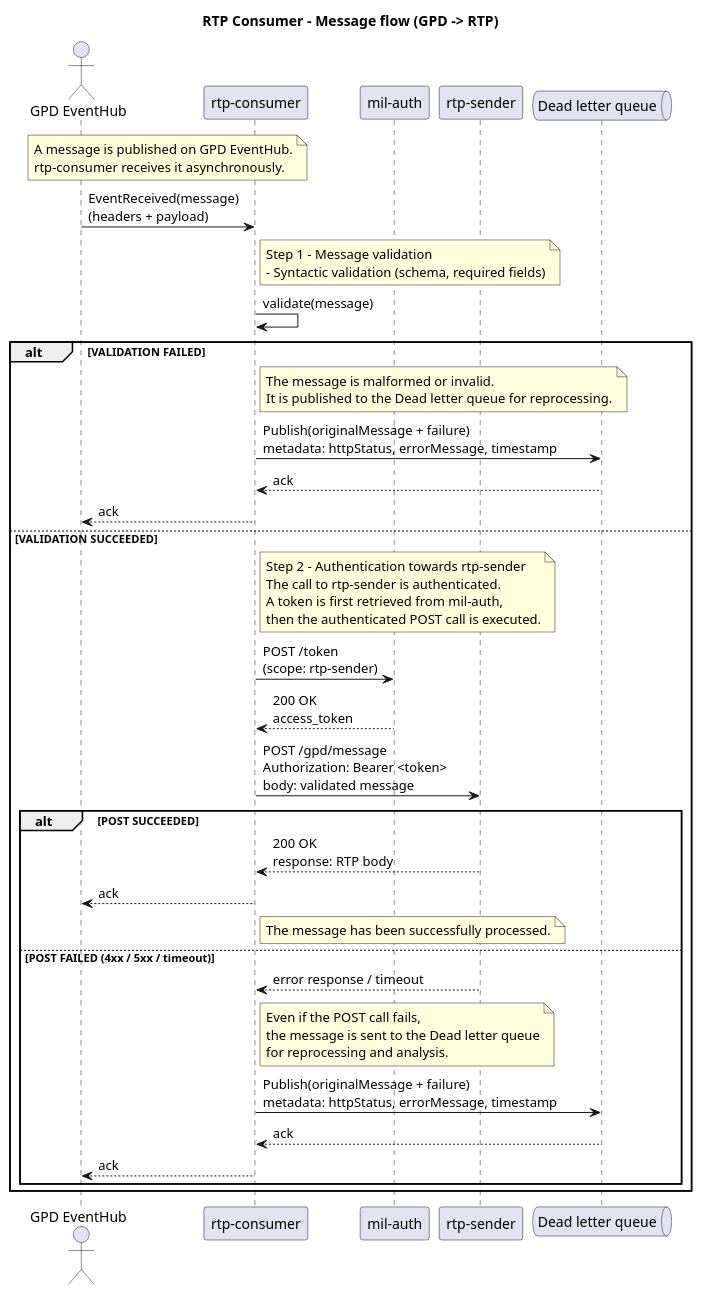
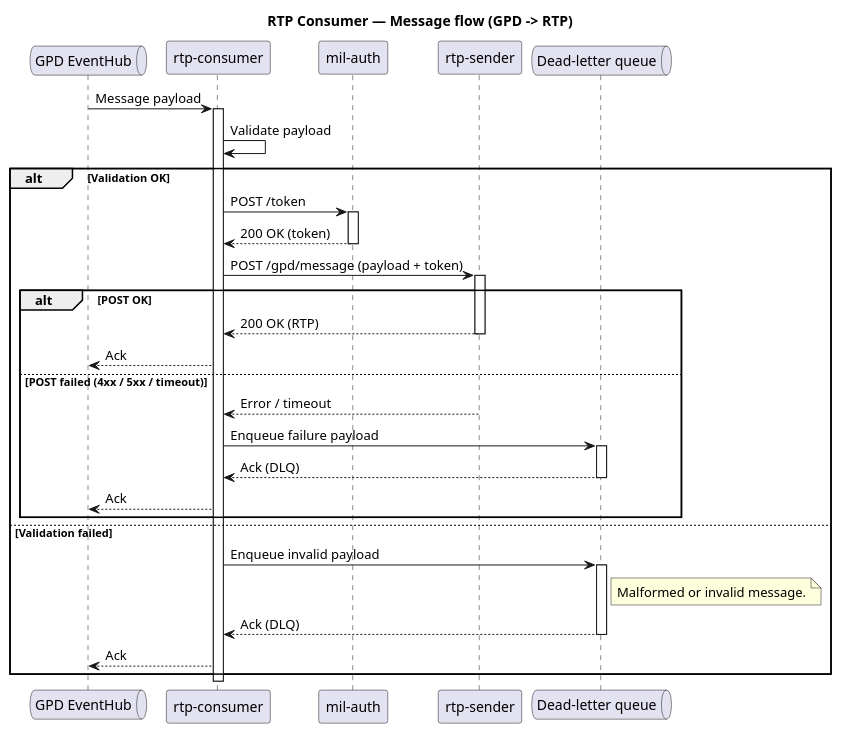
Before and after one commit to pagopa/rtp-docs: the diagram in diagrams/rtp-consumer-flow.puml, drawn with PlantUML. The commit also changed 1 other file, not shown here.

Commit message:
feat: [SRTP-1225] add DR rtp-consumer (#36)
* feat: [SRTP-1225] update deployment

* feat: [SRTP-1225] add rtp-consumer-flow

* Diagrams commit

* fix: [SRTP-1225] fix flow

* Diagrams commit

* fix: [SRTP-1225] fix rtp-consumer-flow

* Diagrams commit

* fix

* Diagrams commit

* fix: [SRTP-1225] fix diagram

* Diagrams commit

---------

```diff
--- a/diagrams/rtp-consumer-flow.puml
+++ b/diagrams/rtp-consumer-flow.puml
@@ -1,68 +1,54 @@
 @startuml
-title RTP Consumer - Message flow (GPD -> RTP)
+title RTP Consumer — Message flow (GPD -> RTP)
 
-actor "GPD EventHub" as EH
+queue "GPD EventHub" as EH
 participant "rtp-consumer" as C
 participant "mil-auth" as MA
 participant "rtp-sender" as S
-queue "Dead letter queue" as DLQ
+queue "Dead-letter queue" as DLQ
 
-note over EH,C
-A message is published on GPD EventHub.
-rtp-consumer receives it asynchronously.
-end note
+EH -> C : Message payload
+activate C
 
-EH -> C : EventReceived(message)\n(headers + payload)
+C -> C : Validate payload
 
-note right of C
-Step 1 - Message validation
-- Syntactic validation (schema, required fields)
-end note
+alt Validation OK
+  C -> MA : POST /token
+  activate MA
+  MA --> C : 200 OK (token)
+  deactivate MA
 
-C -> C : validate(message)
+  C -> S : POST /gpd/message (payload + token)
+  activate S
 
-alt VALIDATION FAILED
-  note right of C
-  The message is malformed or invalid.
-  It is published to the Dead letter queue for reprocessing.
+  alt POST OK
+    S --> C : 200 OK (RTP)
+    deactivate S
+    C --> EH : Ack
+
+  else POST failed (4xx / 5xx / timeout)
+    S --> C : Error / timeout
+    deactivate S
+
+    C -> DLQ : Enqueue failure payload
+    activate DLQ
+    DLQ --> C : Ack (DLQ)
+    deactivate DLQ
+
+    C --> EH : Ack
+  end
+
+else Validation failed
+  C -> DLQ : Enqueue invalid payload
+  activate DLQ
+  note right of DLQ
+    Malformed or invalid message.
   end note
+  DLQ --> C : Ack (DLQ)
+  deactivate DLQ
 
-  C -> DLQ : Publish(originalMessage + failure)\nmetadata: httpStatus, errorMessage, timestamp
-  DLQ --> C : ack
-  C --> EH : ack
-
-else VALIDATION SUCCEEDED
-  note right of C
-  Step 2 - Authentication towards rtp-sender
-  The call to rtp-sender is authenticated.
-  A token is first retrieved from mil-auth,
-  then the authenticated POST call is executed.
-  end note
-
-  C -> MA : POST /token\n(scope: rtp-sender)
-  MA --> C : 200 OK\naccess_token
-
-  C -> S : POST /gpd/message\nAuthorization: Bearer <token>\nbody: validated message
-
-  alt POST SUCCEEDED
-    S --> C : 200 OK\nresponse: RTP body
-    C --> EH : ack
-    note right of C
-    The message has been successfully processed.
-    end note
-
-  else POST FAILED (4xx / 5xx / timeout)
-    S --> C : error response / timeout
-    note right of C
-    Even if the POST call fails,
-    the message is sent to the Dead letter queue
-    for reprocessing and analysis.
-    end note
-
-    C -> DLQ : Publish(originalMessage + failure)\nmetadata: httpStatus, errorMessage, timestamp
-    DLQ --> C : ack
-    C --> EH : ack
-  end
+  C --> EH : Ack
 end
 
+deactivate C
 @enduml
```
